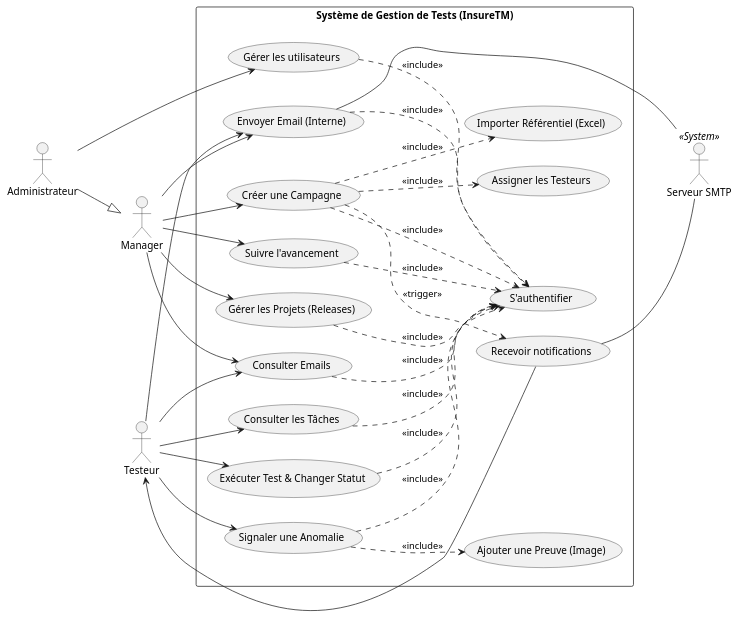
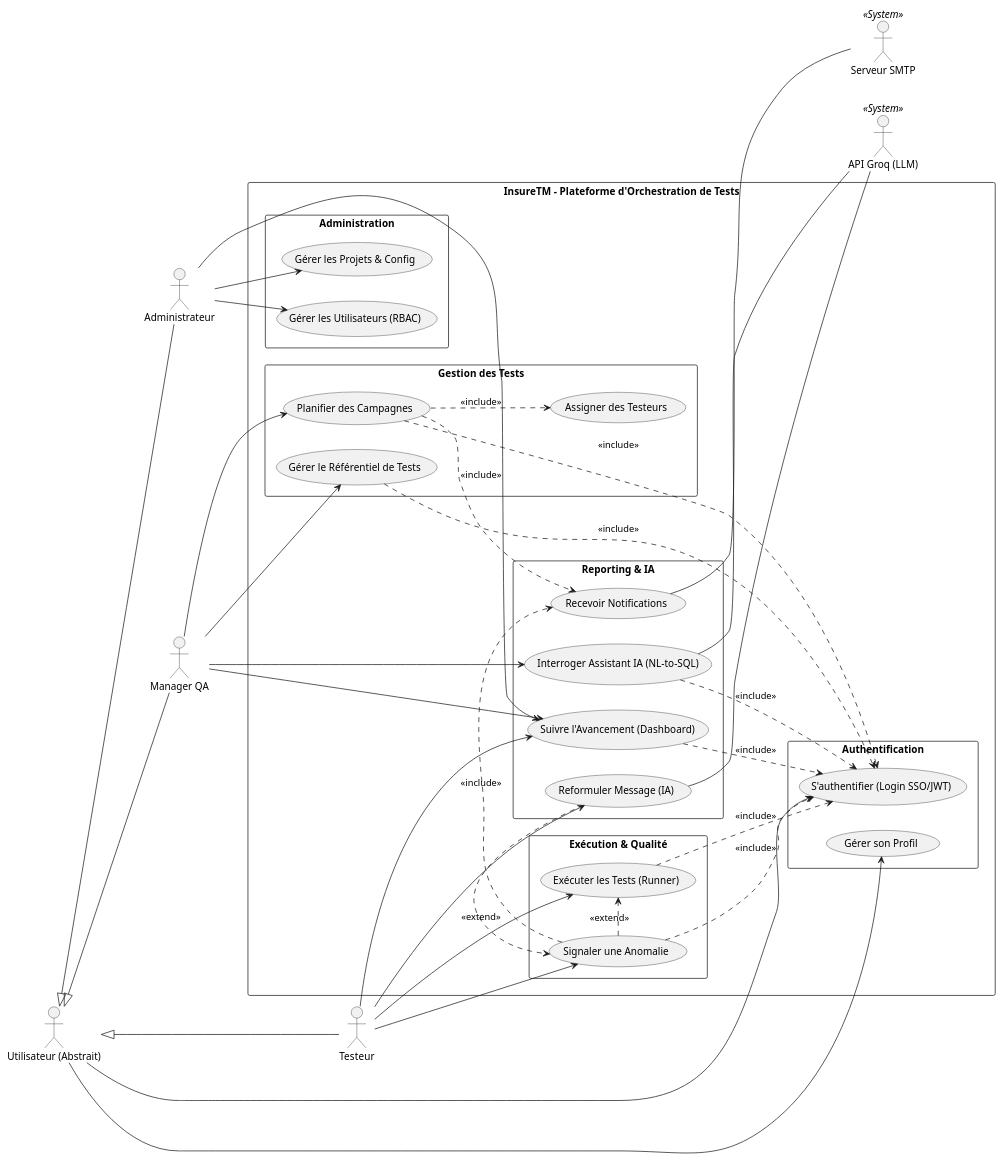
The diagram in InsureTM/diagrammes /use_case_diagram.puml (onsben19/Test-Management-Plateforme-LLoyd), drawn with PlantUML before and after one commit. The commit also changed 33 other files, not shown here.

```diff
--- a/InsureTM/diagrammes /use_case_diagram.puml
+++ b/InsureTM/diagrammes /use_case_diagram.puml
@@ -1,81 +1,87 @@
 @startuml
 left to right direction
 skinparam packageStyle rectangle
 
+actor "Utilisateur (Abstrait)" as User
 actor "Administrateur" as Admin
-actor "Manager" as Manager
+actor "Manager QA" as Manager
 actor "Testeur" as Tester
 
-' Héritage : Un Admin est aussi un Manager (il peut tout faire)
-Admin --|> Manager
+' Systèmes Externes
+actor "Serveur SMTP" as SMTP <<System>>
+actor "API Groq (LLM)" as AI <<System>>
 
-rectangle "Système de Gestion de Tests (InsureTM)" {
+' Héritage
+User <|-- Admin
+User <|-- Manager
+User <|-- Tester
 
-    ' Cas central d'authentification (Style demandé)
-    usecase "S'authentifier" as UC_Login
-    
-    ' Cas d'utilisation Admin
-    usecase "Gérer les utilisateurs" as UC_ManageUsers
-    
-    ' Cas d'utilisation Manager
-    usecase "Gérer les Projets (Releases)" as UC_ManageProjects
-    usecase "Créer une Campagne" as UC_CreateCampaign
-    usecase "Importer Référentiel (Excel)" as UC_ImportExcel
-    usecase "Assigner les Testeurs" as UC_AssignTesters
-    usecase "Suivre l'avancement" as UC_TrackProgress
-    
-    ' Cas d'utilisation Testeur
-    usecase "Consulter les Tâches" as UC_ViewTasks
-    usecase "Exécuter Test & Changer Statut" as UC_ExecuteTest
-    usecase "Signaler une Anomalie" as UC_ReportBug
-    usecase "Ajouter une Preuve (Image)" as UC_AddProof
+rectangle "InsureTM - Plateforme d'Orchestration de Tests" {
 
-    ' Notifications (Système)
-    usecase "Recevoir notifications" as UC_Notify
+  ' --- Authentification ---
+  package "Authentification" {
+      usecase "S'authentifier (Login SSO/JWT)" as Login
+      usecase "Gérer son Profil" as Profile
+  }
+  User --> Login
+  User --> Profile
 
-    ' Cas d'utilisation Messagerie Interne
-    usecase "Envoyer Email (Interne)" as UC_SendEmail
-    usecase "Consulter Emails" as UC_ReadEmail
+  ' --- Administration ---
+  package "Administration" {
+      usecase "Gérer les Utilisateurs (RBAC)" as UC1
+      usecase "Gérer les Projets & Config" as UC2
+  }
+  Admin --> UC1
+  Admin --> UC2
+
+  ' --- Gestion des Tests ---
+  package "Gestion des Tests" {
+      usecase "Gérer le Référentiel de Tests" as UC3
+      usecase "Planifier des Campagnes" as UC4
+      usecase "Assigner des Testeurs" as UC5
+      UC4 ..> UC5 : <<include>>
+      UC4 ..> Login : <<include>>
+  }
+  Manager --> UC3
+  Manager --> UC4
+  UC3 ..> Login : <<include>>
+
+  ' --- Exécution ---
+  package "Exécution & Qualité" {
+      usecase "Exécuter les Tests (Runner)" as UC6
+      usecase "Signaler une Anomalie" as UC7
+      UC7 .> UC6 : <<extend>>
+  }
+  Tester --> UC6
+  Tester --> UC7
+  UC6 ..> Login : <<include>>
+  UC7 ..> Login : <<include>>
+
+  ' --- Reporting & IA ---
+  package "Reporting & IA" {
+      usecase "Suivre l'Avancement (Dashboard)" as UC8
+      usecase "Interroger Assistant IA (NL-to-SQL)" as UC9
+      usecase "Reformuler Message (IA)" as UC10
+      usecase "Recevoir Notifications" as UC11
+  }
+  
+  ' Liens Transverses
+  Admin --> UC8
+  Manager --> UC8
+  Manager --> UC9
+  Tester --> UC8
+  Tester --> UC10
+
+  UC8 ..> Login : <<include>>
+  UC9 ..> Login : <<include>>
+  UC10 .> UC7 : <<extend>>
+
+  ' Systèmes Externes
+  UC11 -- SMTP
+  UC9 -- AI
+  UC10 -- AI
+  UC4 ..> UC11 : <<include>>
+  UC7 ..> UC11 : <<include>>
+
 }
-
-actor "Serveur SMTP" as SMTP <<System>>
-
-' Relations Acteurs -> Cas d'utilisation
-Admin --> UC_ManageUsers
-Manager --> UC_ManageProjects
-Manager --> UC_CreateCampaign
-Manager --> UC_TrackProgress
-Manager --> UC_SendEmail
-Manager --> UC_ReadEmail
-
-Tester --> UC_ViewTasks
-Tester --> UC_ExecuteTest
-Tester --> UC_ReportBug
-Tester --> UC_SendEmail
-Tester --> UC_ReadEmail
-
-' Relations d'inclusion vers l'authentification (Style "Etoile")
-UC_ManageUsers ..> UC_Login : <<include>>
-UC_ManageProjects ..> UC_Login : <<include>>
-UC_CreateCampaign ..> UC_Login : <<include>>
-UC_TrackProgress ..> UC_Login : <<include>>
-UC_ViewTasks ..> UC_Login : <<include>>
-UC_ExecuteTest ..> UC_Login : <<include>>
-UC_ReportBug ..> UC_Login : <<include>>
-UC_SendEmail ..> UC_Login : <<include>>
-UC_ReadEmail ..> UC_Login : <<include>>
-
-' Dépendances fonctionnelles (Includes)
-UC_CreateCampaign ..> UC_ImportExcel : <<include>>
-UC_CreateCampaign ..> UC_AssignTesters : <<include>>
-UC_ReportBug ..> UC_AddProof : <<include>>
-
-' Interactions Système Externe
-UC_CreateCampaign ..> UC_Notify : <<trigger>>
-UC_Notify -- SMTP
-UC_SendEmail -- SMTP
-
-' Le testeur reçoit la notification
-UC_Notify --> Tester
-
 @enduml
```
